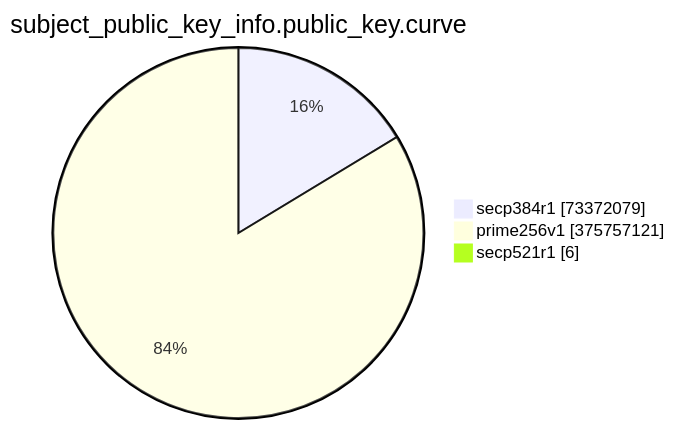
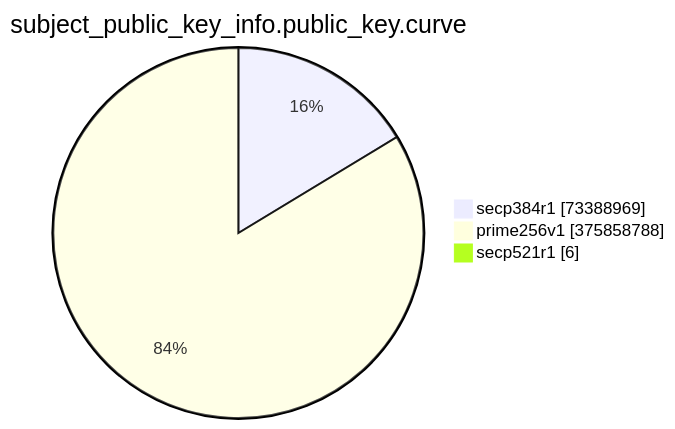
Before and after one commit to christiankrug/ctmonitor_visualization: the eighth of 15 diagrams in TOTAL/README.md, drawn with Mermaid. The commit also changed other lines of this file, not shown here.

````diff
--- a/TOTAL/README.md
+++ b/TOTAL/README.md
@@ -3092,7 +3092,7 @@
 ```mermaid
 pie showData
 title subject_public_key_info.public_key.curve
-"secp384r1" :73372079
-"prime256v1" :375757121
+"secp384r1" :73388969
+"prime256v1" :375858788
 "secp521r1" :6
 ```
````
